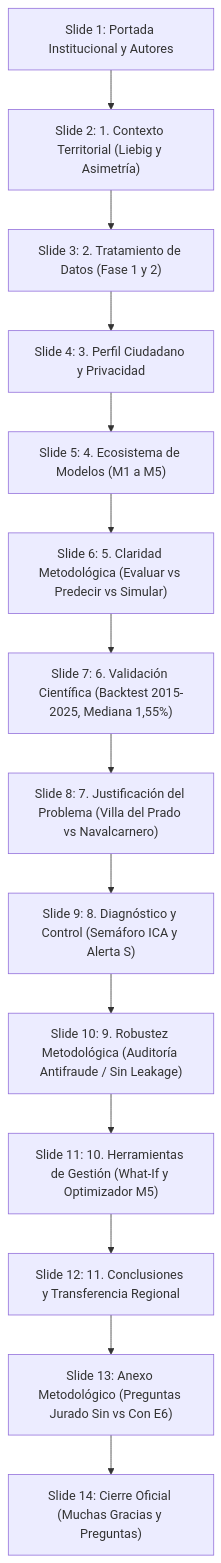
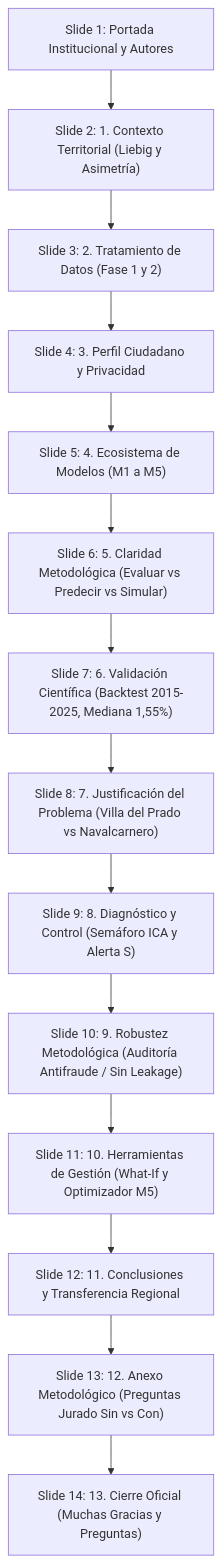
The diagram in docs/PRESENTACION_DATATHON_10MIN.md (AlejandroCuntin/DatathonLodCoreMadrid), drawn with Mermaid before and after one commit. The commit also changed other lines of this file and 4 other files, not shown here.

````diff
--- a/docs/PRESENTACION_DATATHON_10MIN.md
+++ b/docs/PRESENTACION_DATATHON_10MIN.md
@@ -14,16 +14,16 @@
 ```mermaid
 flowchart TD
     S1["Slide 1: Portada Institucional y Autores"] --> S2["Slide 2: 1. Contexto Territorial (Liebig y Asimetría)"]
     S2 --> S3["Slide 3: 2. Tratamiento de Datos (Fase 1 y 2)"]
     S3 --> S4["Slide 4: 3. Perfil Ciudadano y Privacidad"]
     S4 --> S5["Slide 5: 4. Ecosistema de Modelos (M1 a M5)"]
     S5 --> S6["Slide 6: 5. Claridad Metodológica (Evaluar vs Predecir vs Simular)"]
     S6 --> S7["Slide 7: 6. Validación Científica (Backtest 2015-2025, Mediana 1,55%)"]
     S7 --> S8["Slide 8: 7. Justificación del Problema (Villa del Prado vs Navalcarnero)"]
     S8 --> S9["Slide 9: 8. Diagnóstico y Control (Semáforo ICA y Alerta S)"]
     S9 --> S10["Slide 10: 9. Robustez Metodológica (Auditoría Antifraude / Sin Leakage)"]
     S10 --> S11["Slide 11: 10. Herramientas de Gestión (What-If y Optimizador M5)"]
     S11 --> S12["Slide 12: 11. Conclusiones y Transferencia Regional"]
-    S12 --> S13["Slide 13: Anexo Metodológico (Preguntas Jurado Sin vs Con E6)"]
-    S13 --> S14["Slide 14: Cierre Oficial (Muchas Gracias y Preguntas)"]
+    S12 --> S13["Slide 13: 12. Anexo Metodológico (Preguntas Jurado Sin vs Con)"]
+    S13 --> S14["Slide 14: 13. Cierre Oficial (Muchas Gracias y Preguntas)"]
 ```
````
